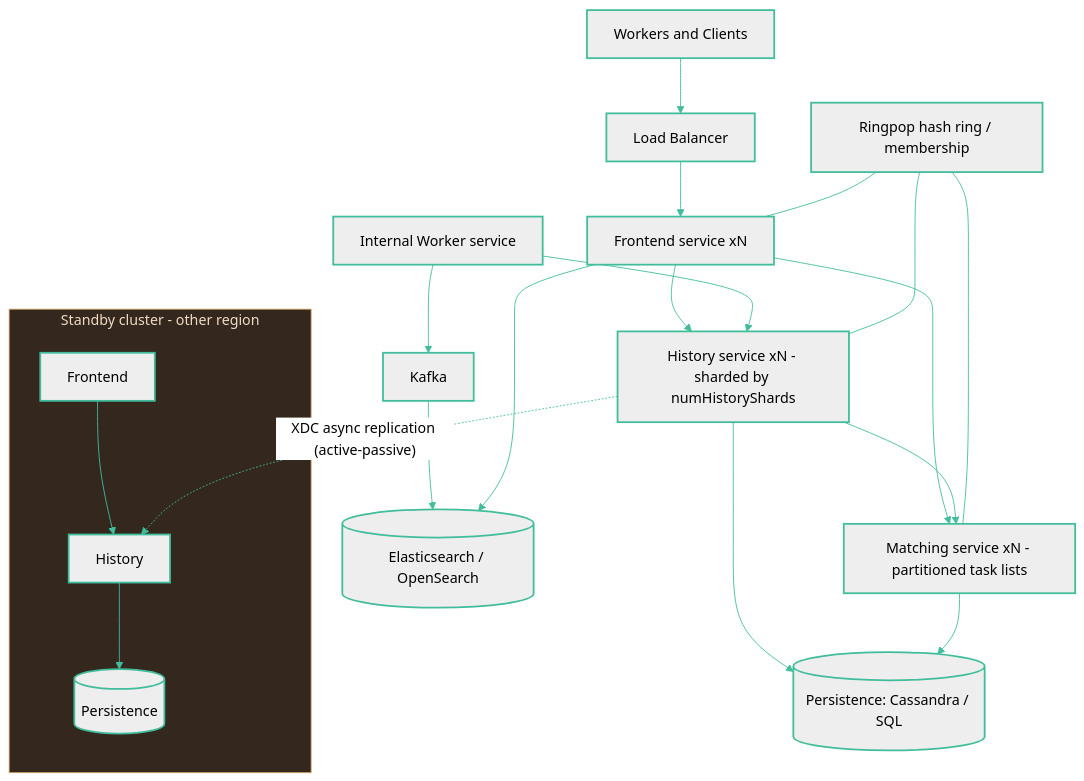
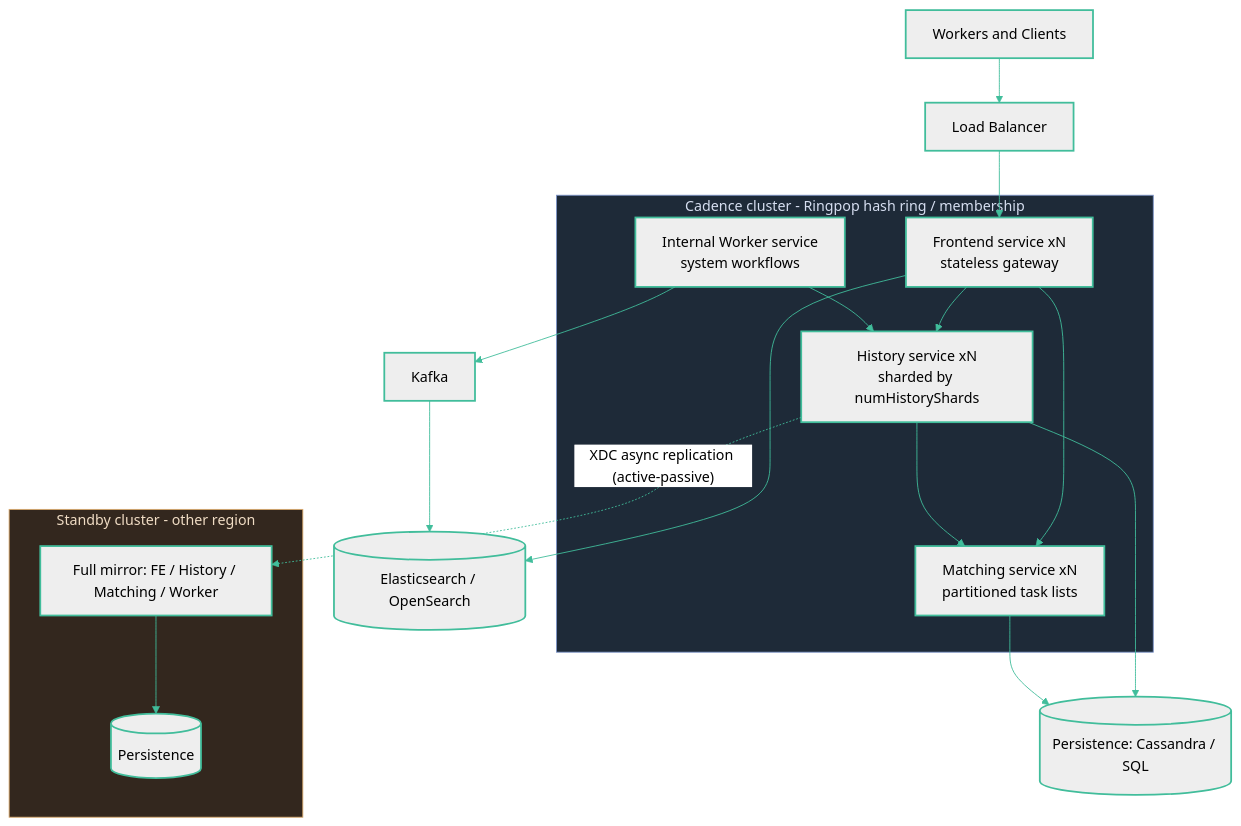
Before and after one commit to diagrid-labs/durable-execution-battle: the diagram in slides/03-hosting-production/02-prod-cadence.md, drawn with Mermaid (neutral theme). The commit also changed 12 other files, not shown here.

````diff
--- a/slides/03-hosting-production/02-prod-cadence.md
+++ b/slides/03-hosting-production/02-prod-cadence.md
@@ -3,23 +3,27 @@
 ```mermaid
 graph TD
   clients[Workers and Clients] --> lb[Load Balancer]
-  lb --> fe[Frontend service xN]
-  fe --> hist[History service xN - sharded by numHistoryShards]
-  fe --> match[Matching service xN - partitioned task lists]
-  hist --> match
-  iw[Internal Worker service] --> hist
-  ring[Ringpop hash ring / membership] --- fe
-  ring --- hist
-  ring --- match
+  lb --> fe
+  subgraph Cluster[Cadence cluster - Ringpop hash ring / membership]
+    fe["Frontend service xN<br/>stateless gateway"]
+    hist["History service xN<br/>sharded by numHistoryShards"]
+    match["Matching service xN<br/>partitioned task lists"]
+    iw["Internal Worker service<br/>system workflows"]
+    fe --> hist
+    fe --> match
+    hist --> match
+    iw --> hist
+  end
   hist --> db[(Persistence: Cassandra / SQL)]
   match --> db
   iw --> kafka[Kafka] --> es[(Elasticsearch / OpenSearch)]
   fe --> es
   subgraph regionB[Standby cluster - other region]
-    feB[Frontend] --> histB[History] --> dbB[(Persistence)]
+    mirrorB["Full mirror: FE / History / Matching / Worker"] --> dbB[(Persistence)]
   end
-  hist -. "XDC async replication (active-passive)" .-> histB
+  hist -. "XDC async replication (active-passive)" .-> mirrorB
   classDef default stroke:#41bd9b,stroke-width:2px
   linkStyle default stroke:#41bd9b,stroke-width:1px
+  style Cluster fill:#1e2a38,stroke:#7c93c7,stroke-width:1px,color:#d6def0
   style regionB fill:#33271e,stroke:#d9a86b,stroke-width:1px,color:#f0dcc4
 ```
````
